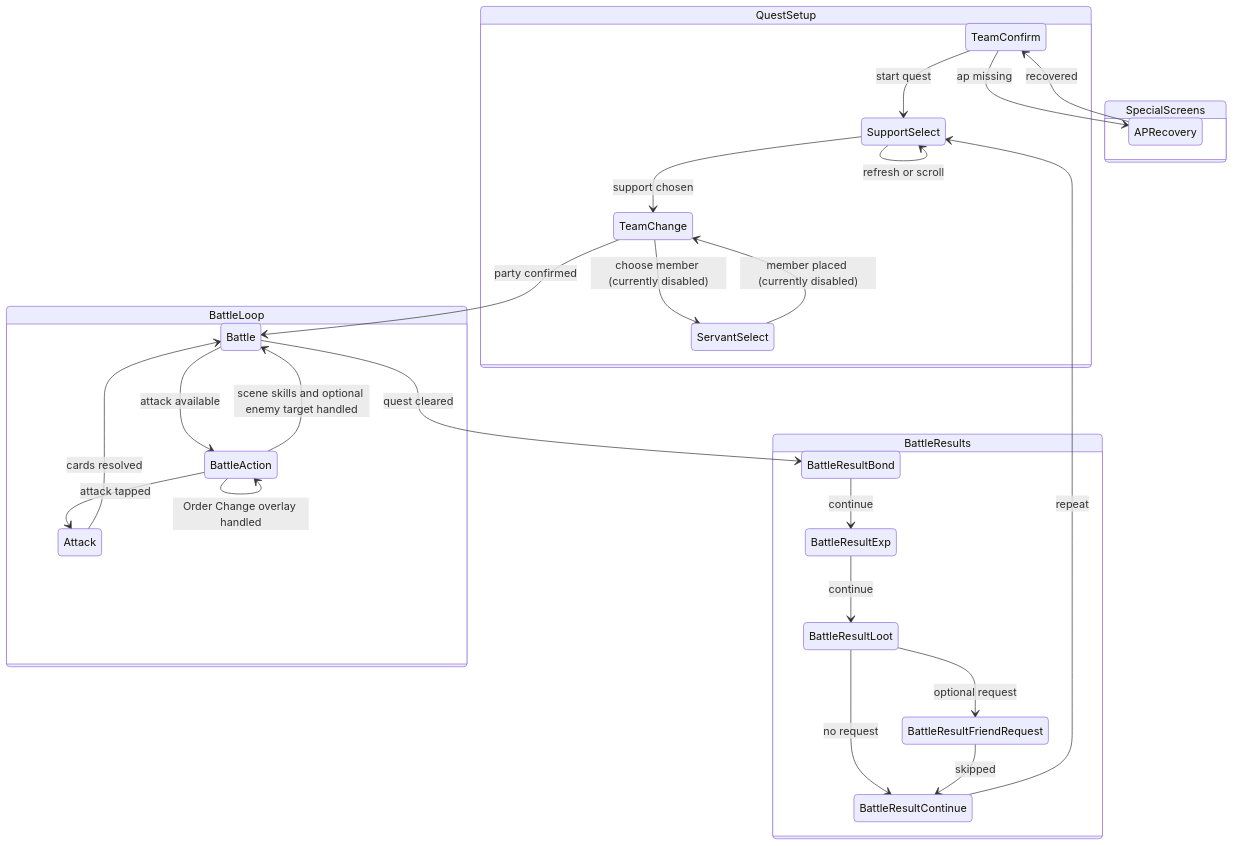
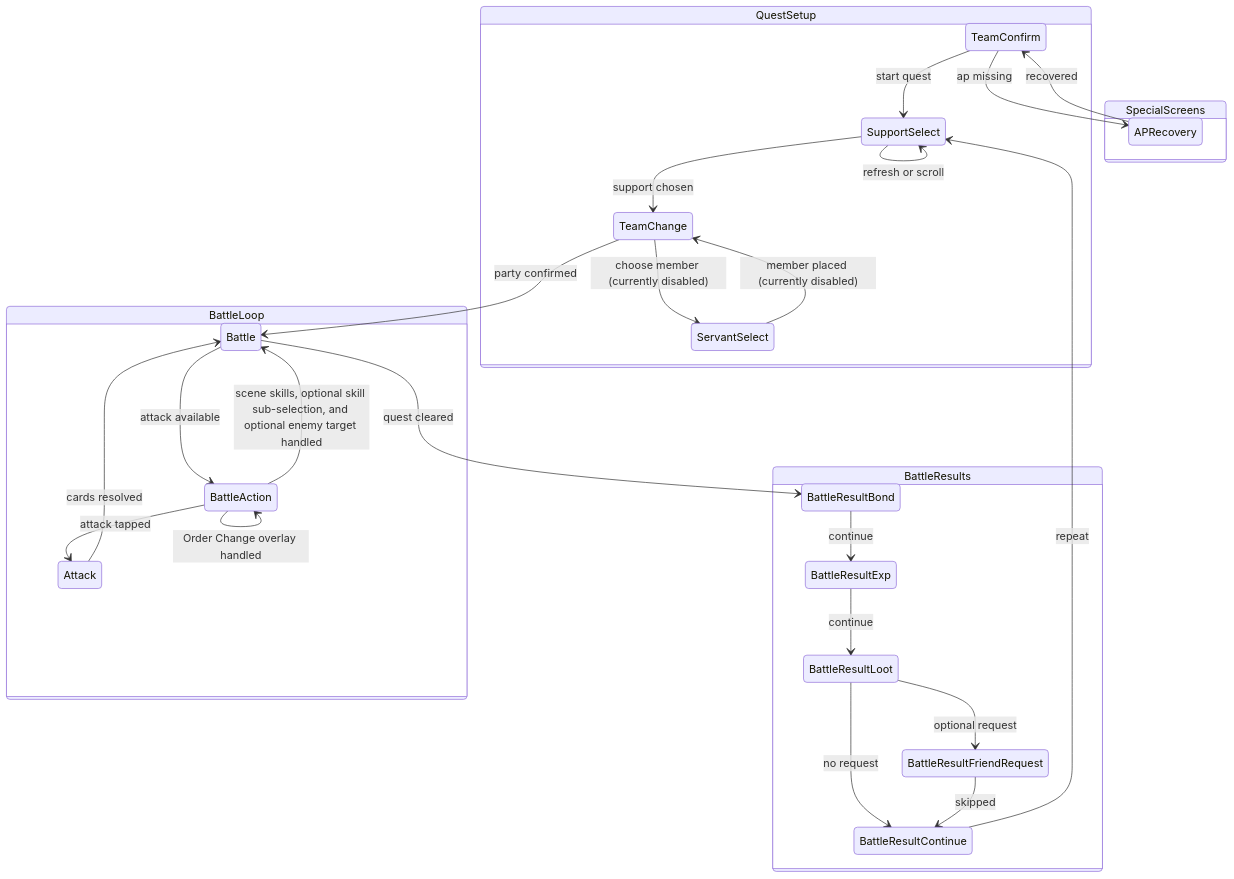
Before and after one commit to ZaiZheTingDun/mash-app: the first of 2 diagrams in docs/state-machines/battle-automation.md, drawn with Mermaid. The commit also changed other lines of this file and 17 other files, not shown here.

Commit message:
feat(battle): add servant skill sub-selection

````diff
--- a/docs/state-machines/battle-automation.md
+++ b/docs/state-machines/battle-automation.md
@@ -7,51 +7,51 @@
 ```mermaid
 stateDiagram-v2
     state QuestSetup {
         TeamConfirm
         SupportSelect
         TeamChange
         ServantSelect
     }
 
     state BattleLoop {
         Battle
         BattleAction
         Attack
     }
 
     state BattleResults {
         BattleResultBond
         BattleResultExp
         BattleResultLoot
         BattleResultFriendRequest
         BattleResultContinue
     }
 
     state SpecialScreens {
         APRecovery
     }
 
     TeamConfirm --> SupportSelect: start quest
     SupportSelect --> TeamChange: support chosen
     SupportSelect --> SupportSelect: refresh or scroll
     TeamChange --> ServantSelect: choose member (currently disabled)
     ServantSelect --> TeamChange: member placed (currently disabled)
     TeamChange --> Battle: party confirmed
 
     Battle --> BattleAction: attack available
-    BattleAction --> Battle: scene skills and optional enemy target handled
+    BattleAction --> Battle: scene skills, optional skill sub-selection, and optional enemy target handled
     BattleAction --> BattleAction: Order Change overlay handled
     BattleAction --> Attack: attack tapped
     Attack --> Battle: cards resolved
 
     Battle --> BattleResultBond: quest cleared
     BattleResultBond --> BattleResultExp: continue
     BattleResultExp --> BattleResultLoot: continue
     BattleResultLoot --> BattleResultFriendRequest: optional request
     BattleResultLoot --> BattleResultContinue: no request
     BattleResultFriendRequest --> BattleResultContinue: skipped
 
     BattleResultContinue --> SupportSelect: repeat
     TeamConfirm --> APRecovery: ap missing
     APRecovery --> TeamConfirm: recovered
 ```
````
